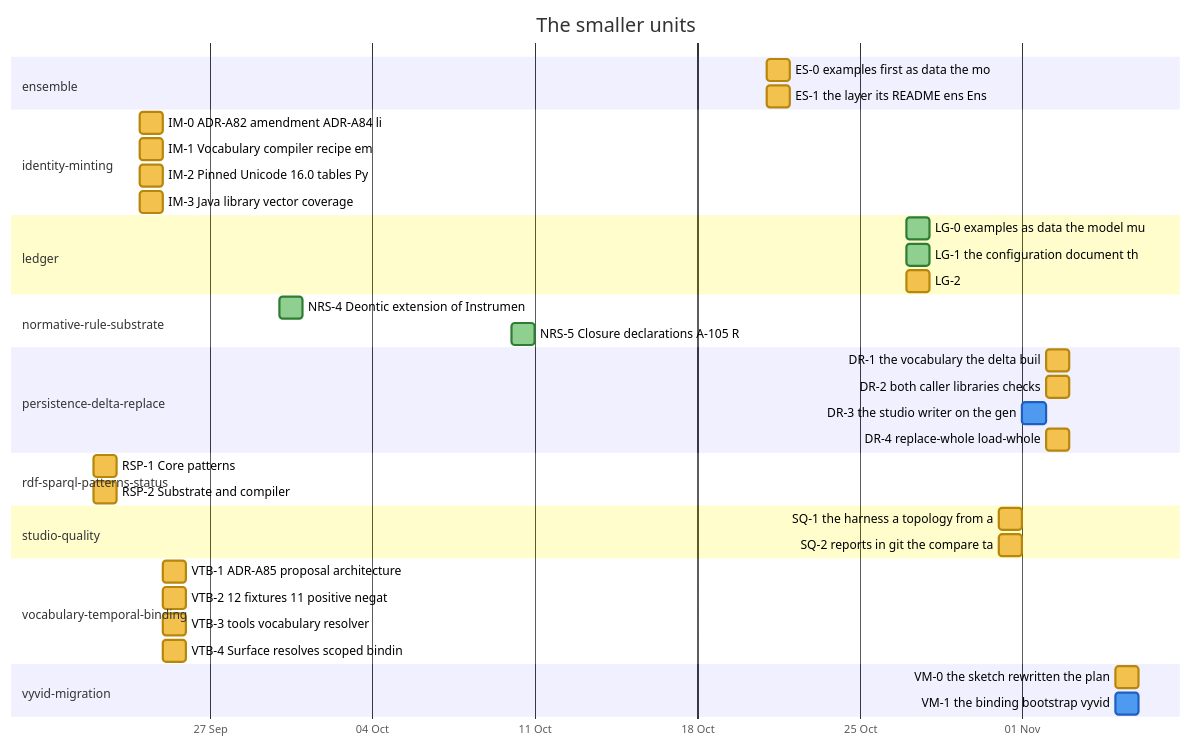
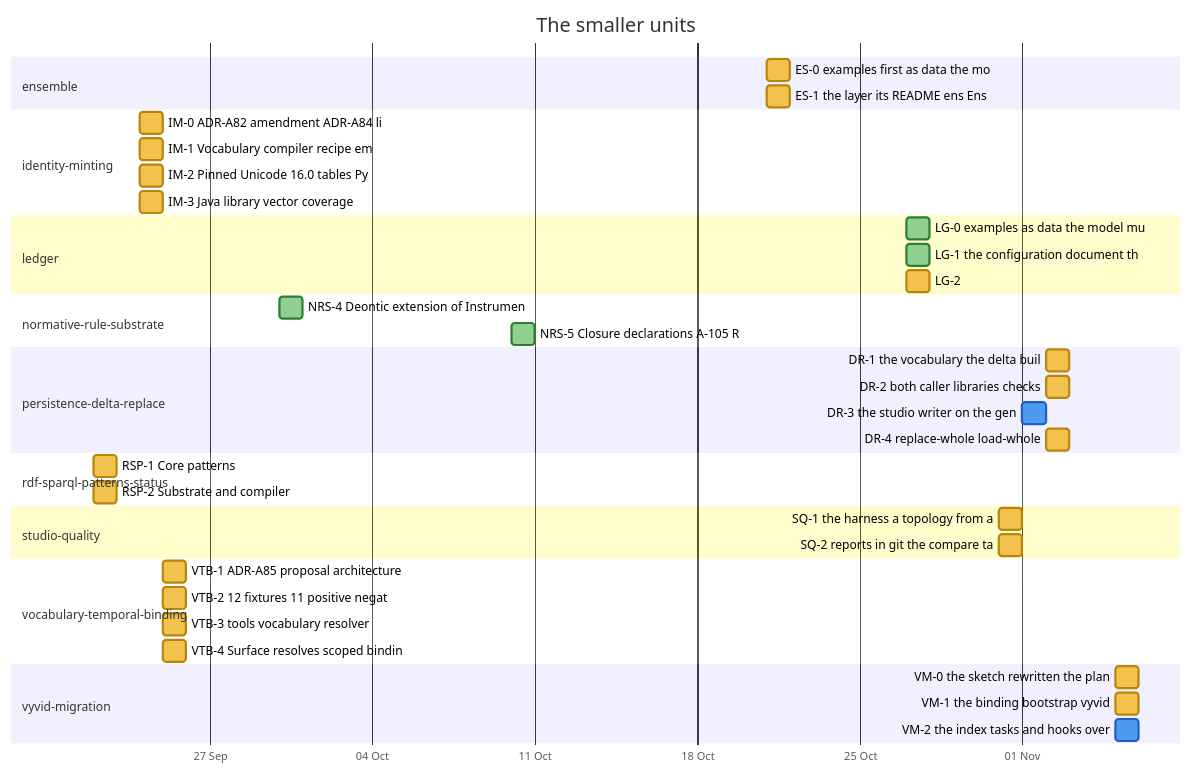
Diagram 16 of 25 in docs/developer/ROADMAP.md (nebularis/lattice), drawn with Mermaid before and after one commit. The commit also changed other lines of this file and 12 other files, not shown here.

First line of the commit message:
VM-2 built: the index tasks and hooks over vyd, AGENTS.md's index section cut to LATTICE's, PRI-79, the addenda

````diff
--- a/docs/developer/ROADMAP.md
+++ b/docs/developer/ROADMAP.md
@@ -459,41 +459,42 @@
 ```mermaid
 %%{init: {"themeVariables": {"taskBkgColor": "#f2c14e", "taskBorderColor": "#b8860b", "taskTextColor": "#000000", "activeTaskBkgColor": "#4e9af1", "activeTaskBorderColor": "#1f5fbf", "activeTaskBorderColor": "#1f5fbf", "doneTaskBkgColor": "#8fcf8f", "doneTaskBorderColor": "#2f7d32", "critBkgColor": "#f28b82", "critBorderColor": "#b23a30", "taskTextDarkColor": "#000000", "taskTextLightColor": "#000000"}}}%%
 gantt
     title The smaller units
     dateFormat YYYY-MM-DD
     axisFormat %d %b
     section ensemble
     ES-0 examples first as data the mo :es0, 2026-10-21, 2026-10-22
     ES-1 the layer its README ens Ens :es1, 2026-10-21, 2026-10-22
     section identity-minting
     IM-0 ADR-A82 amendment ADR-A84 li :im0, 2026-09-24, 2026-09-25
     IM-1 Vocabulary compiler recipe em :im1, 2026-09-24, 2026-09-25
     IM-2 Pinned Unicode 16.0 tables Py :im2, 2026-09-24, 2026-09-25
     IM-3 Java library vector coverage :im3, 2026-09-24, 2026-09-25
     section ledger
     LG-0 examples as data the model mu :done, lg0, 2026-10-27, 2026-10-28
     LG-1 the configuration document th :done, lg1, 2026-10-27, 2026-10-28
     LG-2 :lg2, 2026-10-27, 2026-10-28
     section normative-rule-substrate
     NRS-4 Deontic extension of Instrumen :done, nrs4, 2026-09-30, 2026-10-01
     NRS-5 Closure declarations A-105 R :done, nrs5, 2026-10-10, 2026-10-11
     section persistence-delta-replace
     DR-1 the vocabulary the delta buil :dr1, 2026-11-02, 2026-11-03
     DR-2 both caller libraries checks :dr2, 2026-11-02, 2026-11-03
     DR-3 the studio writer on the gen :active, dr3, 2026-11-01, 2026-11-02
     DR-4 replace-whole load-whole :dr4, 2026-11-02, 2026-11-03
     section rdf-sparql-patterns-status
     RSP-1 Core patterns :rsp1, 2026-09-22, 2026-09-23
     RSP-2 Substrate and compiler :rsp2, 2026-09-22, 2026-09-23
     section studio-quality
     SQ-1 the harness a topology from a :sq1, 2026-10-31, 2026-11-01
     SQ-2 reports in git the compare ta :sq2, 2026-10-31, 2026-11-01
     section vocabulary-temporal-binding
     VTB-1 ADR-A85 proposal architecture :vtb1, 2026-09-25, 2026-09-26
     VTB-2 12 fixtures 11 positive negat :vtb2, 2026-09-25, 2026-09-26
     VTB-3 tools vocabulary resolver :vtb3, 2026-09-25, 2026-09-26
     VTB-4 Surface resolves scoped bindin :vtb4, 2026-09-25, 2026-09-26
     section vyvid-migration
     VM-0 the sketch rewritten the plan :vm0, 2026-11-05, 2026-11-06
-    VM-1 the binding bootstrap vyvid :active, vm1, 2026-11-05, 2026-11-06
+    VM-1 the binding bootstrap vyvid :vm1, 2026-11-05, 2026-11-06
+    VM-2 the index tasks and hooks over :active, vm2, 2026-11-05, 2026-11-06
 ```
````
